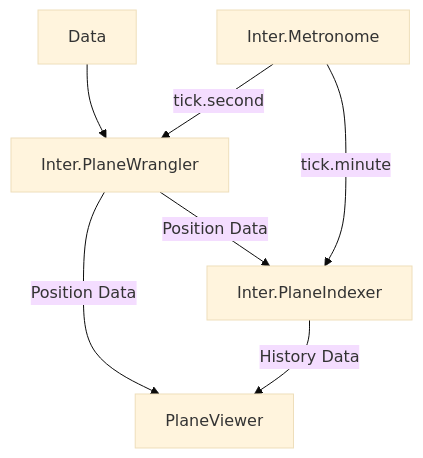
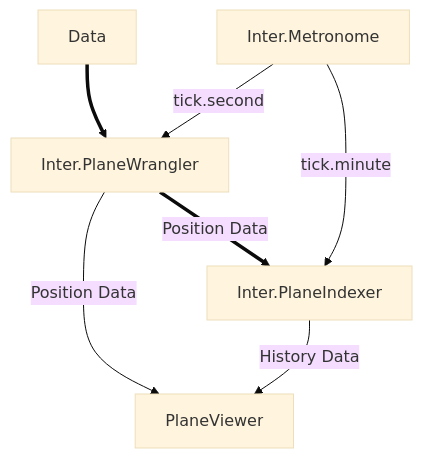
One commit to InterMW/.github changed the diagram in profile/README.md. Above: the diagram before and after it, drawn with Mermaid (base theme).

````diff
--- a/profile/README.md
+++ b/profile/README.md
@@ -5,11 +5,9 @@
 ```mermaid
 graph TD;
-    Data-->Inter.PlaneWrangler;
-    Inter.Metronome--> |tick.second| Inter.PlaneWrangler;
-    Inter.Metronome--> |tick.minute| Inter.PlaneIndexer;
+    Data==>Inter.PlaneWrangler;
+    Inter.Metronome --> |tick.second| Inter.PlaneWrangler;
+    Inter.Metronome --> |tick.minute| Inter.PlaneIndexer;
     Inter.PlaneWrangler--> |Position Data| PlaneViewer;
     Inter.PlaneIndexer --> |History Data| PlaneViewer;
-    Inter.PlaneWrangler--> |Position Data| Inter.PlaneIndexer;
-
-   
+    Inter.PlaneWrangler==> |Position Data| Inter.PlaneIndexer;
 ```
````
